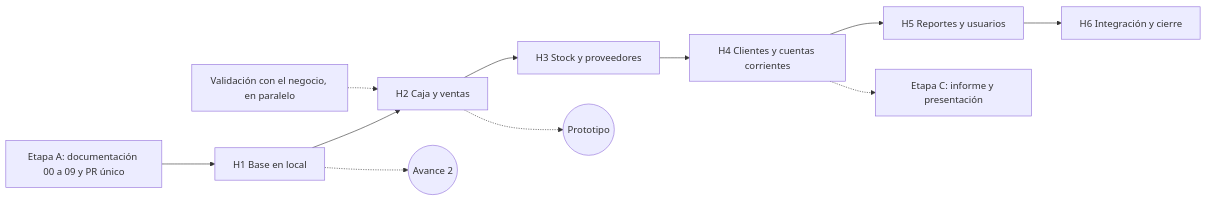
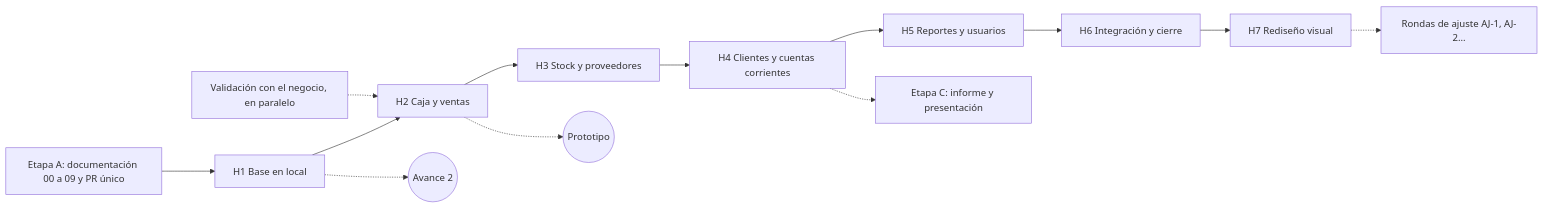
Before and after one commit to Ezequielnav/sistema-gestion-carniceria: the diagram in docs/07-planificacion.md, drawn with Mermaid. The commit also changed other lines of this file and 93 other files, not shown here.

First line of the commit message:
feat: H7, rediseño visual

````diff
--- a/docs/07-planificacion.md
+++ b/docs/07-planificacion.md
@@ -151,13 +176,15 @@
 ```mermaid
 flowchart LR
     A[Etapa A: documentación 00 a 09 y PR único] --> H1[H1 Base en local]
     V[Validación con el negocio, en paralelo] -.-> H2
     H1 --> H2[H2 Caja y ventas]
     H2 --> H3[H3 Stock y proveedores]
     H3 --> H4[H4 Clientes y cuentas corrientes]
     H4 --> H5[H5 Reportes y usuarios]
     H5 --> H6[H6 Integración y cierre]
+    H6 --> H7[H7 Rediseño visual]
+    H7 -.-> AJ[Rondas de ajuste AJ-1, AJ-2...]
     H4 -.-> C[Etapa C: informe y presentación]
     H1 -.-> E1((Avance 2))
     H2 -.-> E2((Prototipo))
 ```
````
